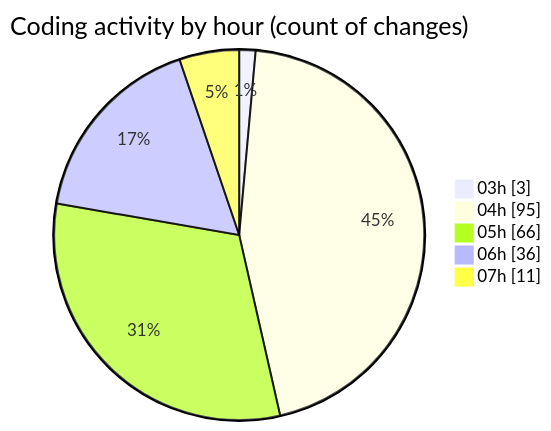
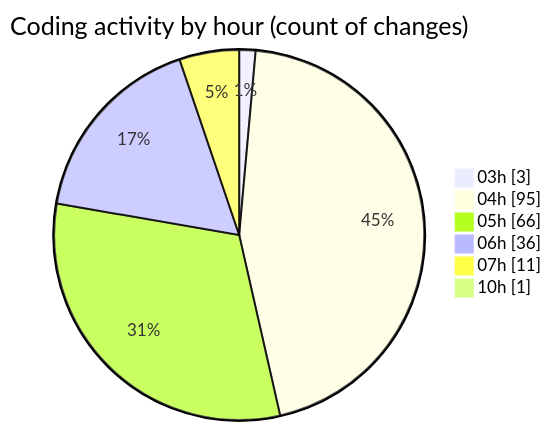
One commit to ernivani/code-tracking changed the second of 2 diagrams in 2025-01-03/tinycms/README.md. Above: the diagram before and after it, drawn with Mermaid. The commit also changed other lines of this file and 5 other files, not shown here.

````diff
--- a/2025-01-03/tinycms/README.md
+++ b/2025-01-03/tinycms/README.md
@@ -71,9 +72,10 @@
 ```mermaid
 pie showData
 title Coding activity by hour (count of changes)
 "03h" : 3
 "04h" : 95
 "05h" : 66
 "06h" : 36
 "07h" : 11
+"10h" : 1
 ```
````
